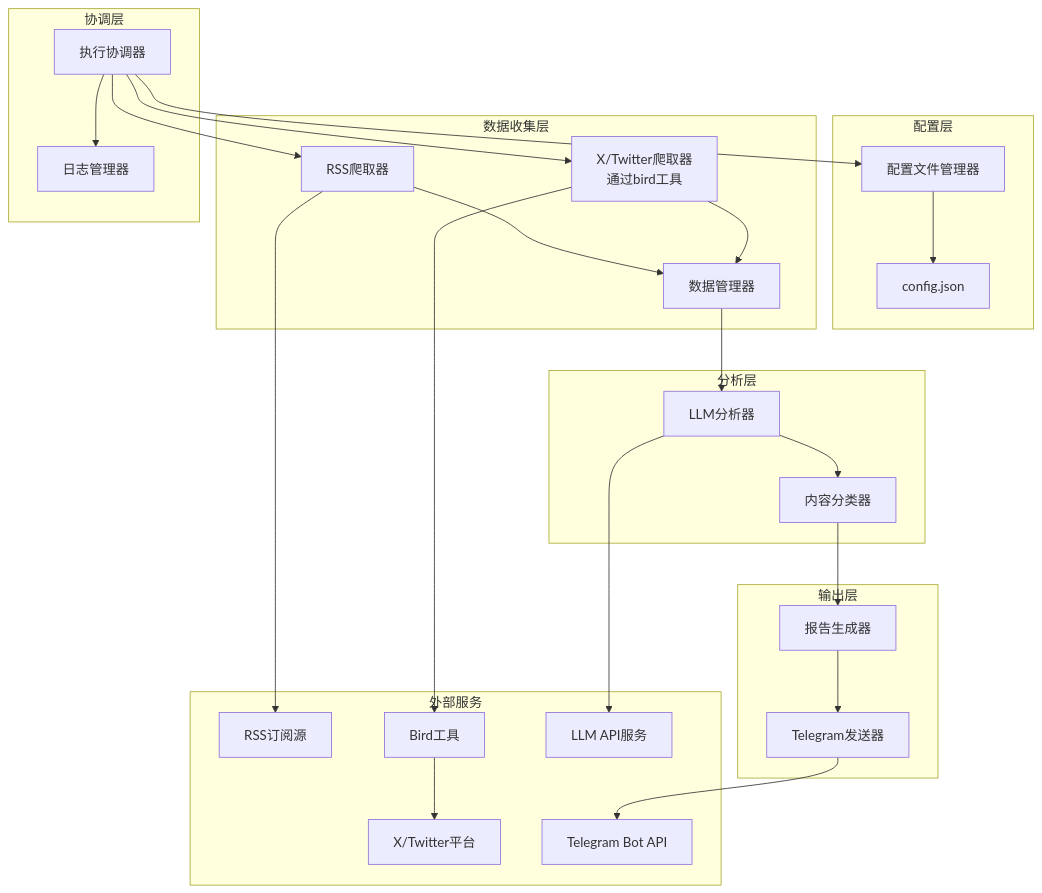
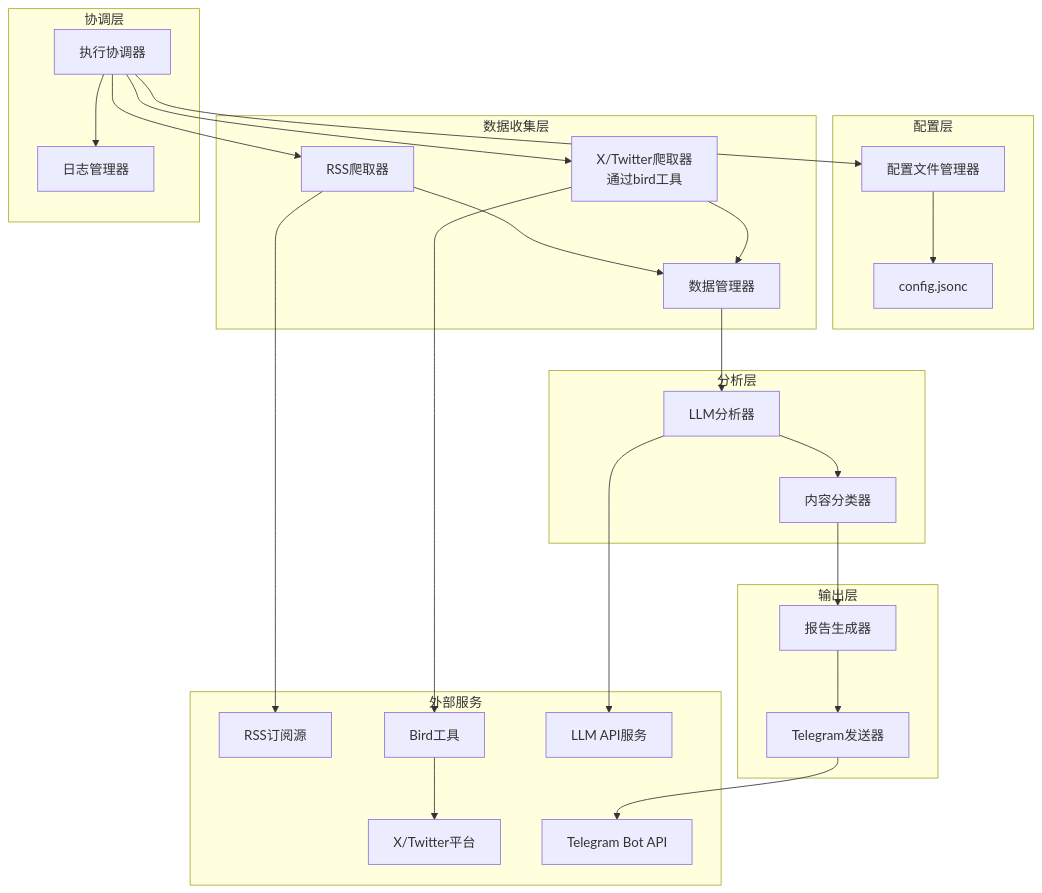
One commit to LaceLetho/getnews changed the diagram in docs/archive/.kiro/specs/crypto-news-analyzer/design.md. Above: the diagram before and after it, drawn with Mermaid. The commit also changed other lines of this file and 38 other files, not shown here.

Commit message:
refactor: rename config.json to config.jsonc

````diff
--- a/docs/archive/.kiro/specs/crypto-news-analyzer/design.md
+++ b/docs/archive/.kiro/specs/crypto-news-analyzer/design.md
@@ -28,53 +28,53 @@
 ```mermaid
 graph TB
     subgraph "配置层"
         CF[配置文件管理器]
-        CONFIG[config.json]
+        CONFIG[config.jsonc]
     end
     
     subgraph "数据收集层"
         RSS[RSS爬取器]
         X[X/Twitter爬取器<br/>通过bird工具]
         DM[数据管理器]
     end
     
     subgraph "分析层"
         LLM[LLM分析器]
         CAT[内容分类器]
     end
     
     subgraph "输出层"
         RG[报告生成器]
         TG[Telegram发送器]
     end
     
     subgraph "协调层"
         COORD[执行协调器]
         LOG[日志管理器]
     end
     
     subgraph "外部服务"
         RSSSRC[RSS订阅源]
         BIRD[Bird工具]
         XAPI[X/Twitter平台]
         LLMAPI[LLM API服务]
         TGAPI[Telegram Bot API]
     end
     
     CF --> CONFIG
     COORD --> CF
     COORD --> RSS
     COORD --> X
     RSS --> RSSSRC
     X --> BIRD
     BIRD --> XAPI
     RSS --> DM
     X --> DM
     DM --> LLM
     LLM --> LLMAPI
     LLM --> CAT
     CAT --> RG
     RG --> TG
     TG --> TGAPI
     COORD --> LOG
 ```
````
